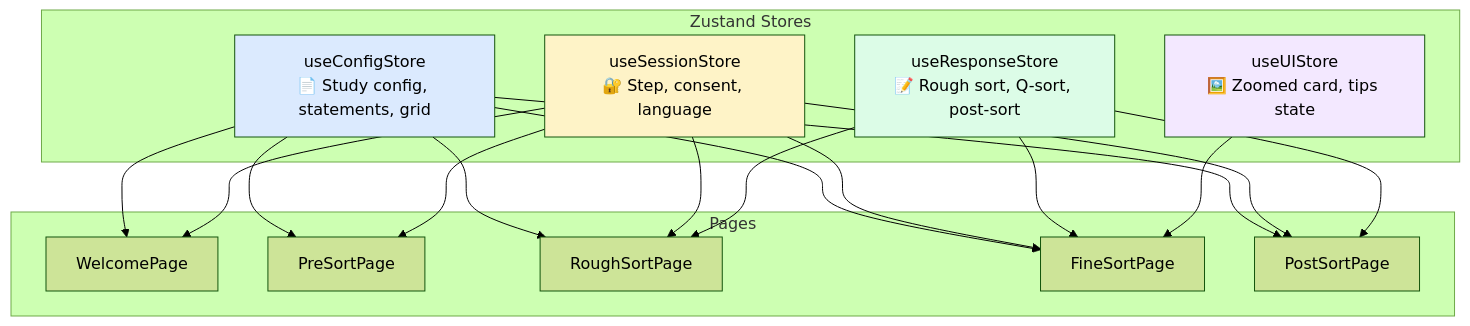
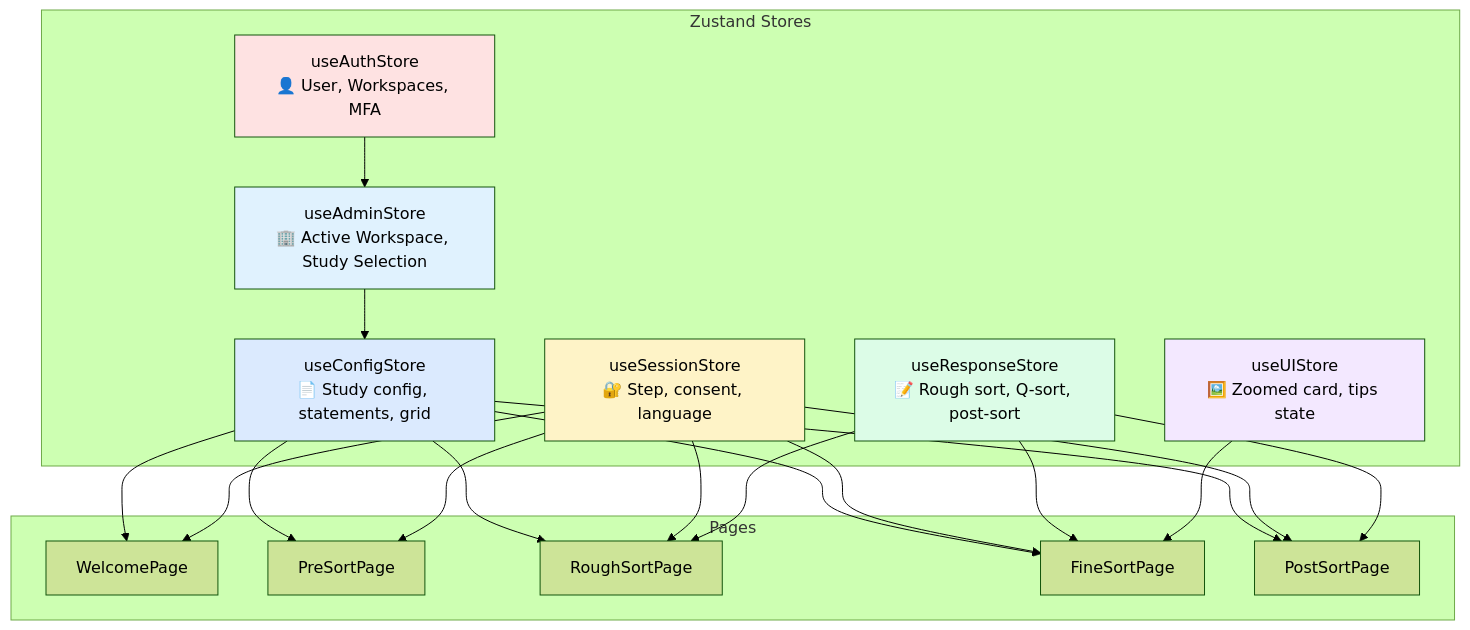
The second of 5 diagrams in docs/explanation/architecture.md (jvastenaekels/qualis), drawn with Mermaid (forest theme) before and after one commit. The commit also changed other lines of this file and 5 other files, not shown here.

````diff
--- a/docs/explanation/architecture.md
+++ b/docs/explanation/architecture.md
@@ -47,27 +57,33 @@
 ```mermaid
 flowchart TD
     subgraph "Zustand Stores"
+        Auth["useAuthStore<br/>👤 User, Workspaces, MFA"]
+        Admin["useAdminStore<br/>🏢 Active Workspace, Study Selection"]
         Config["useConfigStore<br/>📄 Study config, statements, grid"]
         Session["useSessionStore<br/>🔐 Step, consent, language"]
         Response["useResponseStore<br/>📝 Rough sort, Q-sort, post-sort"]
         UI["useUIStore<br/>🖼️ Zoomed card, tips state"]
     end
 
     subgraph "Pages"
         WP[WelcomePage]
         PS[PreSortPage]
         RS[RoughSortPage]
         FS[FineSortPage]
         Post[PostSortPage]
     end
 
+    Admin --> Config
+    Auth --> Admin
     Config --> WP & PS & RS & FS & Post
     Session --> WP & PS & RS & FS & Post
     Response --> RS & FS & Post
     UI --> FS
 
+    style Auth fill:#fee2e2
+    style Admin fill:#e0f2fe
     style Config fill:#dbeafe
     style Session fill:#fef3c7
     style Response fill:#dcfce7
     style UI fill:#f3e8ff
 ```
````
